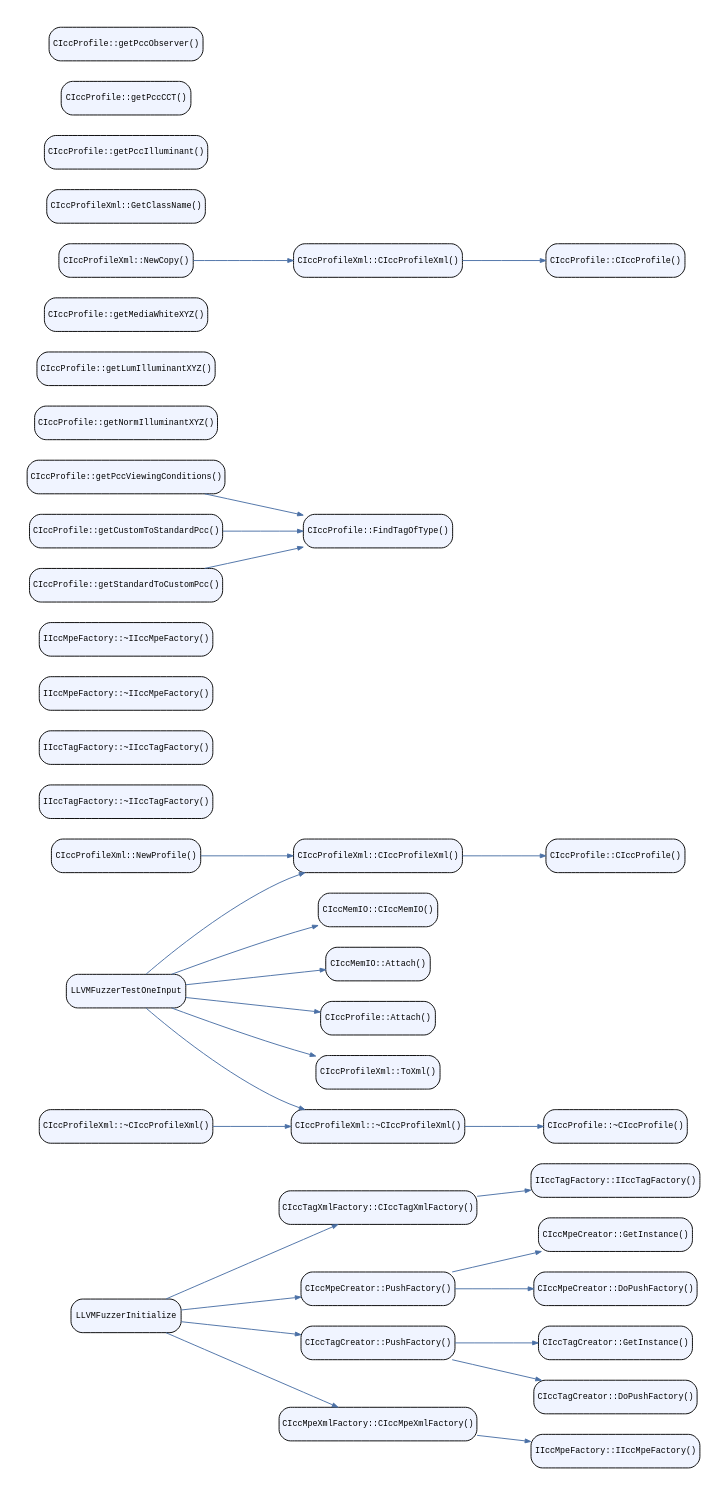
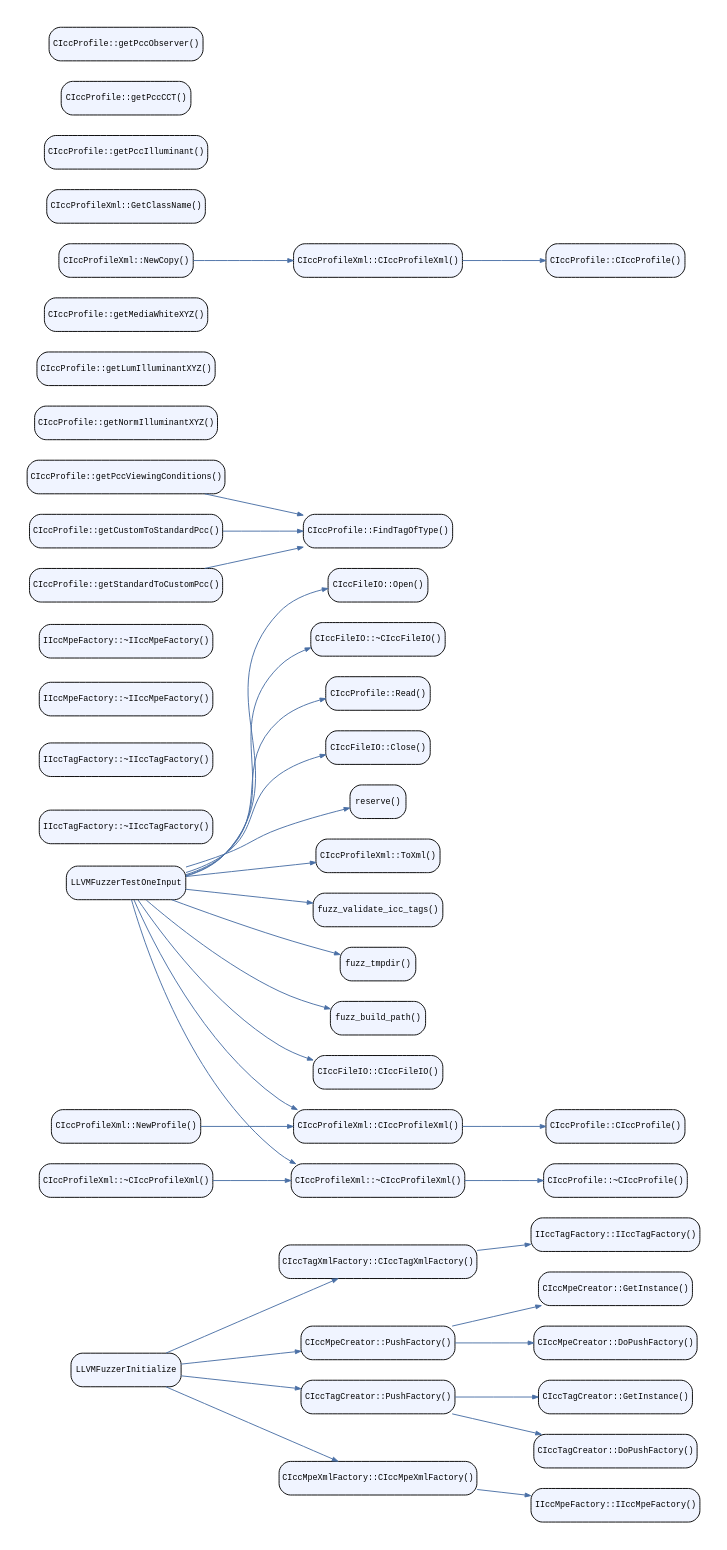
The diagram in call-graph/cfl/icc_toxml_fuzzer-callgraph.dot (xsscx/research), drawn with Graphviz before and after one commit. The commit also changed 32 other files, not shown here.

First line of the commit message:
call-graph: regenerate all 32 targets with AST + LLVM IR

```diff
--- a/call-graph/cfl/icc_toxml_fuzzer-callgraph.dot
+++ b/call-graph/cfl/icc_toxml_fuzzer-callgraph.dot
@@ -1,89 +1,102 @@
-digraph "Call graph: /home/h02332/po/research/call-graph/cfl/icc_toxml_fuzzer.ll" {
+digraph "Call graph: /home/xss/research/call-graph/cfl/icc_toxml_fuzzer.ll" {
 	// Clean graph styling — auto-sized for browser viewing
 	graph [
 		rankdir=LR,
 		nodesep=0.3,
 		ranksep=0.8,
 		fontname="Helvetica",
 		fontsize=10,
 		bgcolor="white",
 		pad=0.3
 	];
 	node [
 		shape=box,
 		style="rounded,filled",
 		fillcolor="#f0f4ff",
 		fontname="Courier",
 		fontsize=9,
 		margin="0.08,0.04"
 	];
 	edge [
 		color="#4a6fa5",
 		arrowsize=0.6
 	];
-	Node0x5b928a97c4e0 [label="LLVMFuzzerInitialize"];
-	Node0x5b928a97c4e0 -> Node0x5b928a97be00;
-	Node0x5b928a97c4e0 -> Node0x5b928a95cc60;
-	Node0x5b928a97c4e0 -> Node0x5b928a96d8a0;
-	Node0x5b928a97c4e0 -> Node0x5b928a948ee0;
-	Node0x5b928a97be00 [label="CIccTagXmlFactory::CIccTagXmlFactory()"];
-	Node0x5b928a97be00 -> Node0x5b928a944ab0;
-	Node0x5b928a948ee0 [label="CIccMpeXmlFactory::CIccMpeXmlFactory()"];
-	Node0x5b928a948ee0 -> Node0x5b928a944a40;
-	Node0x5b928a96d8a0 [label="CIccTagCreator::PushFactory()"];
-	Node0x5b928a96d8a0 -> Node0x5b928a9455e0;
-	Node0x5b928a96d8a0 -> Node0x5b928a9451d0;
-	Node0x5b928a95cc60 [label="CIccMpeCreator::PushFactory()"];
-	Node0x5b928a95cc60 -> Node0x5b928a945250;
-	Node0x5b928a95cc60 -> Node0x5b928a98baa0;
-	Node0x5b928a98b960 [label="LLVMFuzzerTestOneInput"];
-	Node0x5b928a98b960 -> Node0x5b928a98a260;
-	Node0x5b928a98b960 -> Node0x5b928a989c50;
-	Node0x5b928a98b960 -> Node0x5b928a98c720;
-	Node0x5b928a98b960 -> Node0x5b928a98c360;
-	Node0x5b928a98b960 -> Node0x5b928a98be60;
-	Node0x5b928a98b960 -> Node0x5b928a98d480;
-	Node0x5b928a98a260 [label="CIccMemIO::CIccMemIO()"];
-	Node0x5b928a989c50 [label="CIccMemIO::Attach()"];
-	Node0x5b928a98c720 [label="CIccProfileXml::CIccProfileXml()"];
-	Node0x5b928a98c720 -> Node0x5b928a98e380;
-	Node0x5b928a98c360 [label="CIccProfile::Attach()"];
-	Node0x5b928a98be60 [label="CIccProfileXml::ToXml()"];
-	Node0x5b928a98d480 [label="CIccProfileXml::~CIccProfileXml()"];
-	Node0x5b928a98d480 -> Node0x5b928a98de80;
-	Node0x5b928a944ab0 [label="IIccTagFactory::IIccTagFactory()"];
-	Node0x5b928a98dc00 [label="IIccTagFactory::~IIccTagFactory()"];
-	Node0x5b928a9907f0 [label="IIccTagFactory::~IIccTagFactory()"];
-	Node0x5b928a944a40 [label="IIccMpeFactory::IIccMpeFactory()"];
-	Node0x5b928a98f550 [label="IIccMpeFactory::~IIccMpeFactory()"];
-	Node0x5b928a992230 [label="IIccMpeFactory::~IIccMpeFactory()"];
-	Node0x5b928a9455e0 [label="CIccTagCreator::GetInstance()"];
-	Node0x5b928a9451d0 [label="CIccTagCreator::DoPushFactory()"];
-	Node0x5b928a945250 [label="CIccMpeCreator::GetInstance()"];
-	Node0x5b928a98baa0 [label="CIccMpeCreator::DoPushFactory()"];
-	Node0x5b928a98e380 [label="CIccProfile::CIccProfile()"];
-	Node0x5b928a991e70 [label="CIccProfileXml::~CIccProfileXml()"];
-	Node0x5b928a991e70 -> Node0x5b928a98d480;
-	Node0x5b928a991830 [label="CIccProfile::getPccViewingConditions()"];
-	Node0x5b928a991830 -> Node0x5b928a994e70;
-	Node0x5b928a995af0 [label="CIccProfile::getCustomToStandardPcc()"];
-	Node0x5b928a995af0 -> Node0x5b928a994e70;
-	Node0x5b928a9955f0 [label="CIccProfile::getStandardToCustomPcc()"];
-	Node0x5b928a9955f0 -> Node0x5b928a994e70;
-	Node0x5b928a995230 [label="CIccProfile::getNormIlluminantXYZ()"];
-	Node0x5b928a996c70 [label="CIccProfile::getLumIlluminantXYZ()"];
-	Node0x5b928a9978f0 [label="CIccProfile::getMediaWhiteXYZ()"];
-	Node0x5b928a997530 [label="CIccProfileXml::NewCopy()"];
-	Node0x5b928a997530 -> Node0x5b928a9aac40;
-	Node0x5b928a9abb60 [label="CIccProfileXml::NewProfile()"];
-	Node0x5b928a9abb60 -> Node0x5b928a98c720;
-	Node0x5b928a9ab830 [label="CIccProfileXml::GetClassName()"];
-	Node0x5b928a9ab420 [label="CIccProfile::getPccIlluminant()"];
-	Node0x5b928a9a1ba0 [label="CIccProfile::getPccCCT()"];
-	Node0x5b928a9ac910 [label="CIccProfile::getPccObserver()"];
-	Node0x5b928a994e70 [label="CIccProfile::FindTagOfType()"];
-	Node0x5b928a9aac40 [label="CIccProfileXml::CIccProfileXml()"];
-	Node0x5b928a9aac40 -> Node0x5b928a9ad6b0;
-	Node0x5b928a9ad6b0 [label="CIccProfile::CIccProfile()"];
-	Node0x5b928a98de80 [label="CIccProfile::~CIccProfile()"];
+
+	Node0x569fd5d08630 [label="LLVMFuzzerInitialize"];
+	Node0x569fd5d08630 -> Node0x569fd5d05aa0;
+	Node0x569fd5d08630 -> Node0x569fd5ca6dd0;
+	Node0x569fd5d08630 -> Node0x569fd5d03120;
+	Node0x569fd5d08630 -> Node0x569fd5d037f0;
+	Node0x569fd5d05aa0 [label="CIccTagXmlFactory::CIccTagXmlFactory()"];
+	Node0x569fd5d05aa0 -> Node0x569fd5d02350;
+	Node0x569fd5d037f0 [label="CIccMpeXmlFactory::CIccMpeXmlFactory()"];
+	Node0x569fd5d037f0 -> Node0x569fd5cf80e0;
+	Node0x569fd5d03120 [label="CIccTagCreator::PushFactory()"];
+	Node0x569fd5d03120 -> Node0x569fd5cfee10;
+	Node0x569fd5d03120 -> Node0x569fd5cff860;
+	Node0x569fd5ca6dd0 [label="CIccMpeCreator::PushFactory()"];
+	Node0x569fd5ca6dd0 -> Node0x569fd5cb8240;
+	Node0x569fd5ca6dd0 -> Node0x569fd5ca5df0;
+	Node0x569fd5cb4780 [label="LLVMFuzzerTestOneInput"];
+	Node0x569fd5cb4780 -> Node0x569fd5cb98f0;
+	Node0x569fd5cb4780 -> Node0x569fd5cf6f10;
+	Node0x569fd5cb4780 -> Node0x569fd5cfaea0;
+	Node0x569fd5cb4780 -> Node0x569fd5d11c20;
+	Node0x569fd5cb4780 -> Node0x569fd5d11a10;
+	Node0x569fd5cb4780 -> Node0x569fd5d13d20;
+	Node0x569fd5cb4780 -> Node0x569fd5ca1e60;
+	Node0x569fd5cb4780 -> Node0x569fd5d10e80;
+	Node0x569fd5cb4780 -> Node0x569fd5d135e0;
+	Node0x569fd5cb4780 -> Node0x569fd5d13fa0;
+	Node0x569fd5cb4780 -> Node0x569fd5d12220;
+	Node0x569fd5cb4780 -> Node0x569fd5d12010;
+	Node0x569fd5cb98f0 [label="fuzz_validate_icc_tags()"];
+	Node0x569fd5cfaea0 [label="fuzz_build_path()"];
+	Node0x569fd5cf6f10 [label="fuzz_tmpdir()"];
+	Node0x569fd5d11c20 [label="CIccFileIO::CIccFileIO()"];
+	Node0x569fd5d11a10 [label="CIccFileIO::Open()"];
+	Node0x569fd5ca1e60 [label="CIccProfileXml::CIccProfileXml()"];
+	Node0x569fd5ca1e60 -> Node0x569fd5d14720;
+	Node0x569fd5d10e80 [label="CIccProfile::Read()"];
+	Node0x569fd5d135e0 [label="CIccFileIO::Close()"];
+	Node0x569fd5d12220 [label="reserve()"];
+	Node0x569fd5d12010 [label="CIccProfileXml::ToXml()"];
+	Node0x569fd5d13fa0 [label="CIccProfileXml::~CIccProfileXml()"];
+	Node0x569fd5d13fa0 -> Node0x569fd5d16ec0;
+	Node0x569fd5d13d20 [label="CIccFileIO::~CIccFileIO()"];
+	Node0x569fd5d02350 [label="IIccTagFactory::IIccTagFactory()"];
+	Node0x569fd5d17640 [label="IIccTagFactory::~IIccTagFactory()"];
+	Node0x569fd5d173c0 [label="IIccTagFactory::~IIccTagFactory()"];
+	Node0x569fd5cf80e0 [label="IIccMpeFactory::IIccMpeFactory()"];
+	Node0x569fd5d142a0 [label="IIccMpeFactory::~IIccMpeFactory()"];
+	Node0x569fd5d15d20 [label="IIccMpeFactory::~IIccMpeFactory()"];
+	Node0x569fd5cfee10 [label="CIccTagCreator::GetInstance()"];
+	Node0x569fd5cff860 [label="CIccTagCreator::DoPushFactory()"];
+	Node0x569fd5cb8240 [label="CIccMpeCreator::GetInstance()"];
+	Node0x569fd5ca5df0 [label="CIccMpeCreator::DoPushFactory()"];
+	Node0x569fd5d14720 [label="CIccProfile::CIccProfile()"];
+	Node0x569fd5d17200 [label="CIccProfileXml::~CIccProfileXml()"];
+	Node0x569fd5d17200 -> Node0x569fd5d13fa0;
+	Node0x569fd5d1b670 [label="CIccProfile::getPccViewingConditions()"];
+	Node0x569fd5d1b670 -> Node0x569fd5d1b030;
+	Node0x569fd5d1a9f0 [label="CIccProfile::getCustomToStandardPcc()"];
+	Node0x569fd5d1a9f0 -> Node0x569fd5d1b030;
+	Node0x569fd5d1a130 [label="CIccProfile::getStandardToCustomPcc()"];
+	Node0x569fd5d1a130 -> Node0x569fd5d1b030;
+	Node0x569fd5d1e2b0 [label="CIccProfile::getNormIlluminantXYZ()"];
+	Node0x569fd5d1dc70 [label="CIccProfile::getLumIlluminantXYZ()"];
+	Node0x569fd5d1d8b0 [label="CIccProfile::getMediaWhiteXYZ()"];
+	Node0x569fd5d1cc30 [label="CIccProfileXml::NewCopy()"];
+	Node0x569fd5d1cc30 -> Node0x569fd5d1fe30;
+	Node0x569fd5d1fa70 [label="CIccProfileXml::NewProfile()"];
+	Node0x569fd5d1fa70 -> Node0x569fd5ca1e60;
+	Node0x569fd5d1f570 [label="CIccProfileXml::GetClassName()"];
+	Node0x569fd5d1ef30 [label="CIccProfile::getPccIlluminant()"];
+	Node0x569fd5d2c2e0 [label="CIccProfile::getPccCCT()"];
+	Node0x569fd5d16400 [label="CIccProfile::getPccObserver()"];
+	Node0x569fd5d1b030 [label="CIccProfile::FindTagOfType()"];
+	Node0x569fd5d1fe30 [label="CIccProfileXml::CIccProfileXml()"];
+	Node0x569fd5d1fe30 -> Node0x569fd5d13de0;
+	Node0x569fd5d13de0 [label="CIccProfile::CIccProfile()"];
+	Node0x569fd5d16ec0 [label="CIccProfile::~CIccProfile()"];
 }
```
